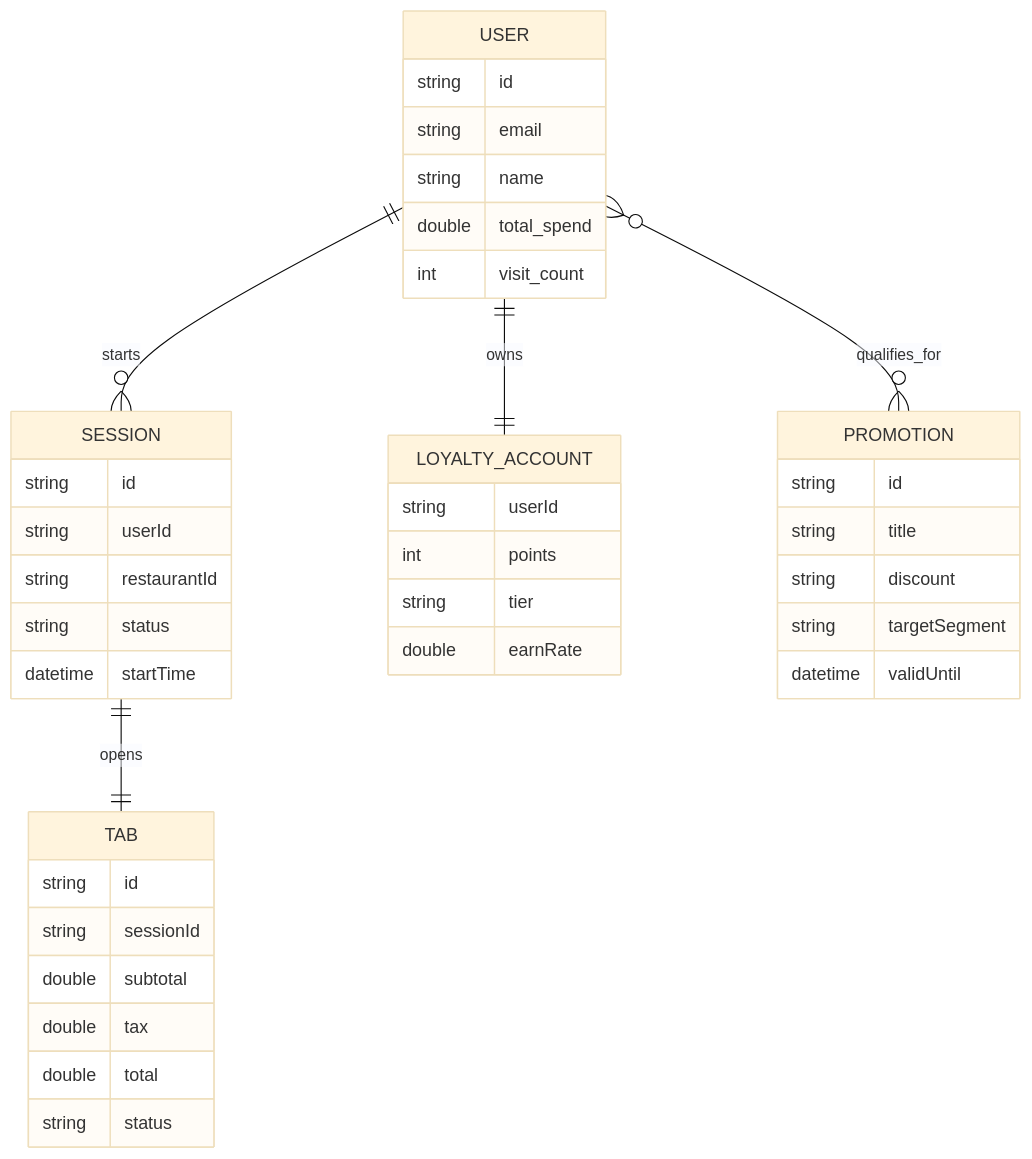
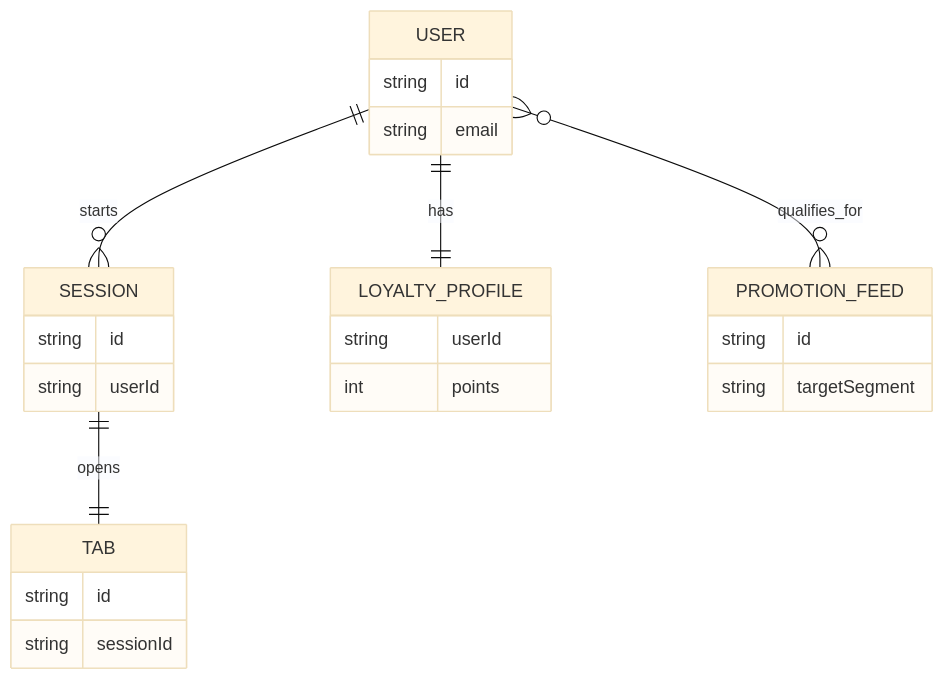
Before and after one commit to ebilguun03/ozora-capstone-portfolio: the diagram in assets/capstone-experience/data-model/data-model-early-concept.mmd, drawn with Mermaid (base theme). The commit also changed 9 other files, not shown here.

Commit message:
Upgrade capstone experience diagrams

```diff
--- a/assets/capstone-experience/data-model/data-model-early-concept.mmd
+++ b/assets/capstone-experience/data-model/data-model-early-concept.mmd
@@ -1,45 +1,30 @@
 erDiagram
     USER {
         string id
         string email
-        string name
-        double total_spend
-        int visit_count
     }
 
     SESSION {
         string id
         string userId
-        string restaurantId
-        string status
-        datetime startTime
     }
 
     TAB {
         string id
         string sessionId
-        double subtotal
-        double tax
-        double total
-        string status
     }
 
-    LOYALTY_ACCOUNT {
+    LOYALTY_PROFILE {
         string userId
         int points
-        string tier
-        double earnRate
     }
 
-    PROMOTION {
+    PROMOTION_FEED {
         string id
-        string title
-        string discount
         string targetSegment
-        datetime validUntil
     }
 
     USER ||--o{ SESSION : starts
     SESSION ||--|| TAB : opens
-    USER ||--|| LOYALTY_ACCOUNT : owns
-    USER }o--o{ PROMOTION : qualifies_for
+    USER ||--|| LOYALTY_PROFILE : has
+    USER }o--o{ PROMOTION_FEED : qualifies_for
```
